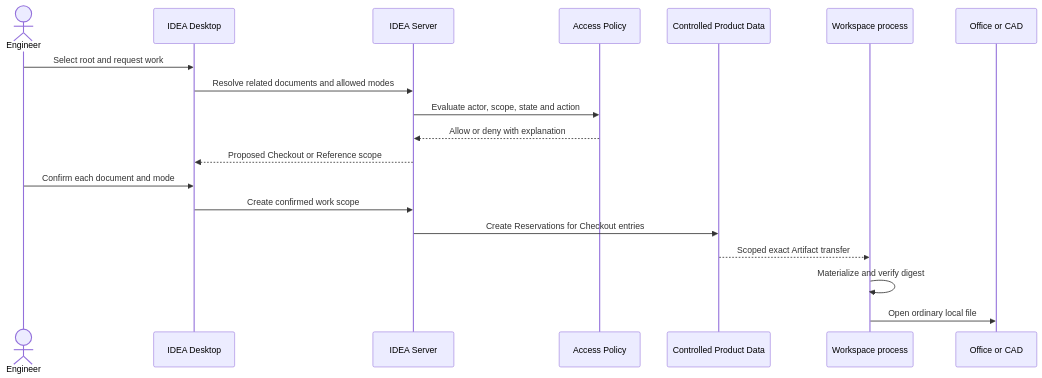
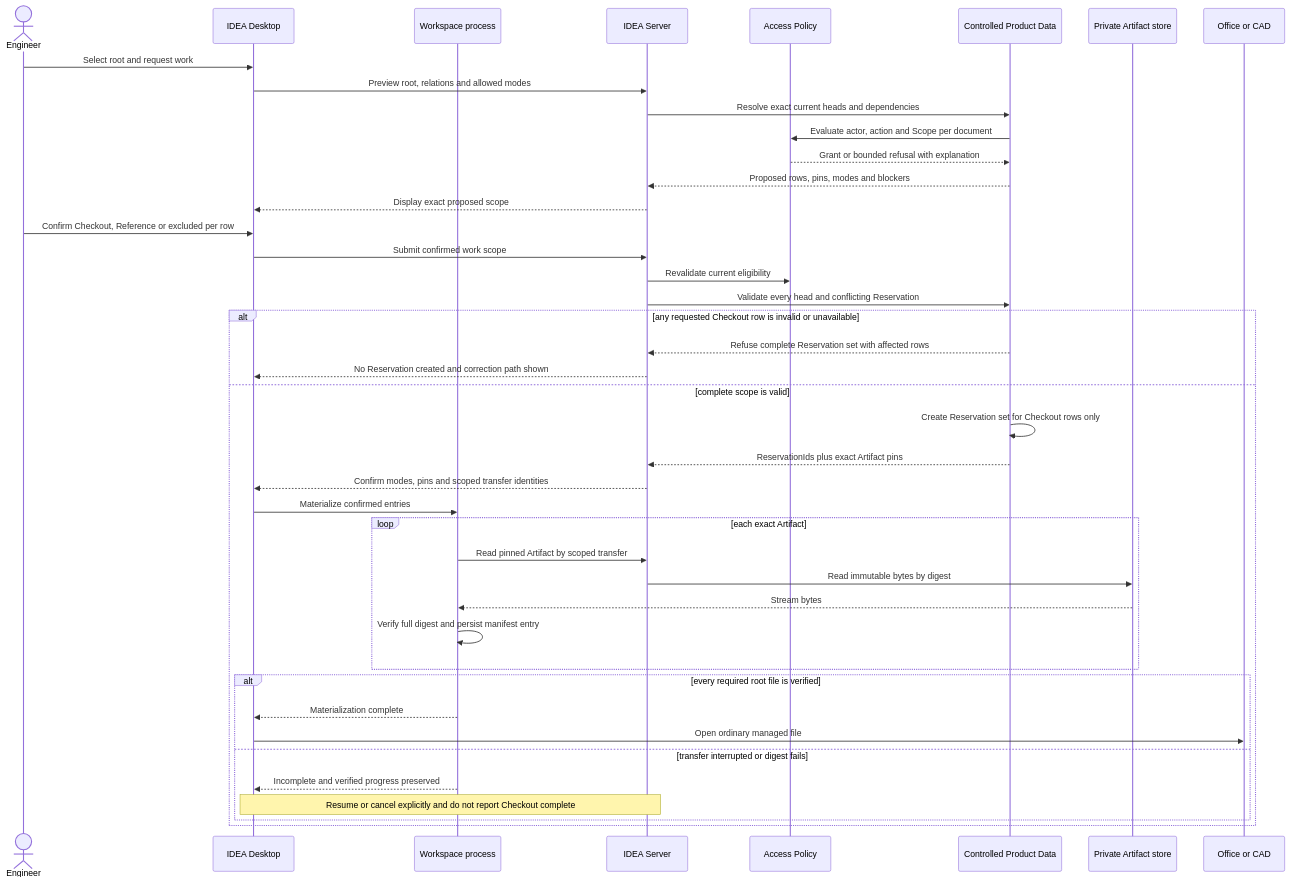
One commit to devphuclam/IDEAEngineering changed the tenth of 19 diagrams in docs/product/instances/idea-engineering/DOC-05-architecture-description.md. Above: the diagram before and after it, drawn with Mermaid. The commit also changed other lines of this file and 53 other files, not shown here.

Commit message:
docs: define IDEA architecture and controlled workflows

````diff
--- a/docs/product/instances/idea-engineering/DOC-05-architecture-description.md
+++ b/docs/product/instances/idea-engineering/DOC-05-architecture-description.md
@@ -362,22 +742,48 @@
 ```mermaid
 sequenceDiagram
+    accTitle: Confirmed Checkout and Reference materialization
+    accDescr: The engineer first sees and confirms an exact document scope. The server evaluates permission and current state for every row. One conflict refuses the requested Reservation set. If valid, the server creates Reservations only for Checkout rows, returns exact Artifact pins for both modes, and the Workspace verifies each digest before updating its manifest or opening the root file.
+
     actor Engineer
     participant Desktop as IDEA Desktop
+    participant Workspace as Workspace process
     participant Server as IDEA Server
     participant Policy as Access Policy
     participant Product as Controlled Product Data
-    participant Workspace as Workspace process
+    participant Store as Private Artifact store
     participant Tool as Office or CAD
 
     Engineer->>Desktop: Select root and request work
-    Desktop->>Server: Resolve related documents and allowed modes
-    Server->>Policy: Evaluate actor, scope, state and action
-    Policy-->>Server: Allow or deny with explanation
-    Server-->>Desktop: Proposed Checkout or Reference scope
-    Engineer->>Desktop: Confirm each document and mode
-    Desktop->>Server: Create confirmed work scope
-    Server->>Product: Create Reservations for Checkout entries
-    Product-->>Workspace: Scoped exact Artifact transfer
-    Workspace->>Workspace: Materialize and verify digest
-    Workspace->>Tool: Open ordinary local file
+    Desktop->>Server: Preview root, relations and allowed modes
+    Server->>Product: Resolve exact current heads and dependencies
+    Product->>Policy: Evaluate actor, action and Scope per document
+    Policy-->>Product: Grant or bounded refusal with explanation
+    Product-->>Server: Proposed rows, pins, modes and blockers
+    Server-->>Desktop: Display exact proposed scope
+    Engineer->>Desktop: Confirm Checkout, Reference or excluded per row
+    Desktop->>Server: Submit confirmed work scope
+    Server->>Policy: Revalidate current eligibility
+    Server->>Product: Validate every head and conflicting Reservation
+    alt any requested Checkout row is invalid or unavailable
+        Product-->>Server: Refuse complete Reservation set with affected rows
+        Server-->>Desktop: No Reservation created and correction path shown
+    else complete scope is valid
+        Product->>Product: Create Reservation set for Checkout rows only
+        Product-->>Server: ReservationIds plus exact Artifact pins
+        Server-->>Desktop: Confirm modes, pins and scoped transfer identities
+        Desktop->>Workspace: Materialize confirmed entries
+        loop each exact Artifact
+            Workspace->>Server: Read pinned Artifact by scoped transfer
+            Server->>Store: Read immutable bytes by digest
+            Store-->>Workspace: Stream bytes
+            Workspace->>Workspace: Verify full digest and persist manifest entry
+        end
+        alt every required root file is verified
+            Workspace-->>Desktop: Materialization complete
+            Desktop->>Tool: Open ordinary managed file
+        else transfer interrupted or digest fails
+            Workspace-->>Desktop: Incomplete and verified progress preserved
+            Note over Desktop,Server: Resume or cancel explicitly and do not report Checkout complete
+        end
+    end
 ```
````
